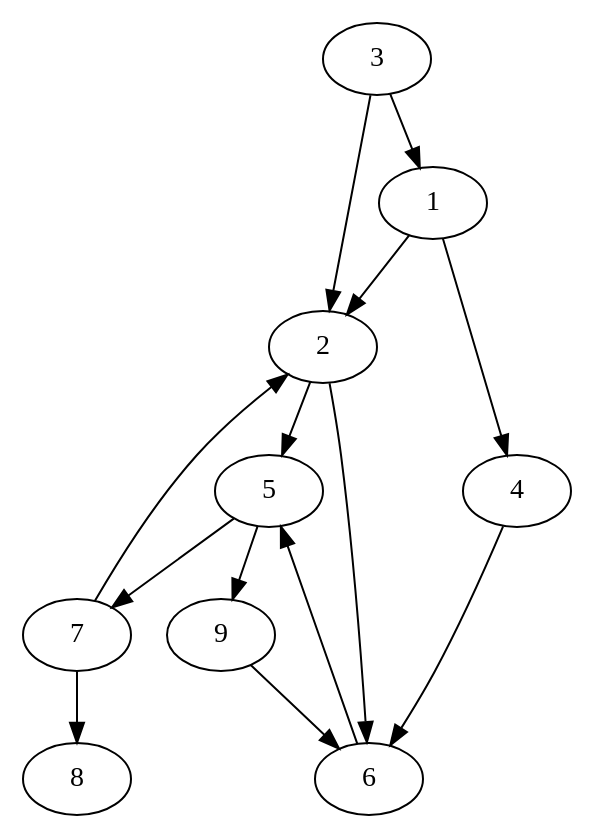
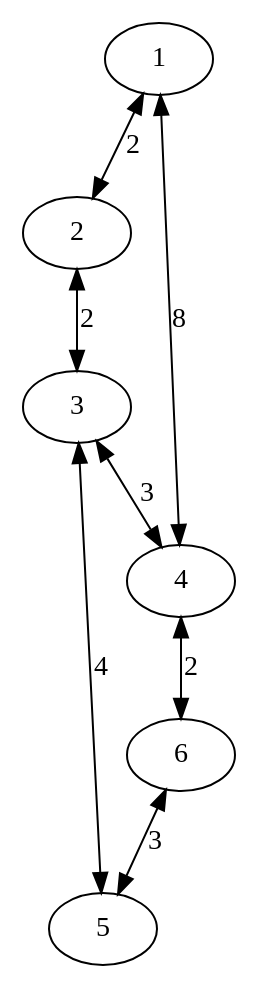
The diagram in grafo.dot (AsierDelCidPerez/formacion-oic), drawn with Graphviz before and after one commit. The commit also changed 1 other file, not shown here.

```diff
--- a/grafo.dot
+++ b/grafo.dot
@@ -1,15 +1,9 @@
 digraph G {
-    1->2
-    3->1
-    1->4
-    3->2
-    2->5
-    4->6
-    6->5
-    5->7
-    7->2
-    2->6
-    7->8
-    5->9
-    9->6
+    1->2 [dir="both", label="2"]
+    2->3 [dir="both", label="2"]
+    3->4 [dir="both", label="3"]
+    1->4 [dir="both", label="8"]
+    3->5 [dir="both", label="4"]
+    4->6 [dir="both", label="2"]
+    6->5 [dir="both", label="3"]
 }
```
